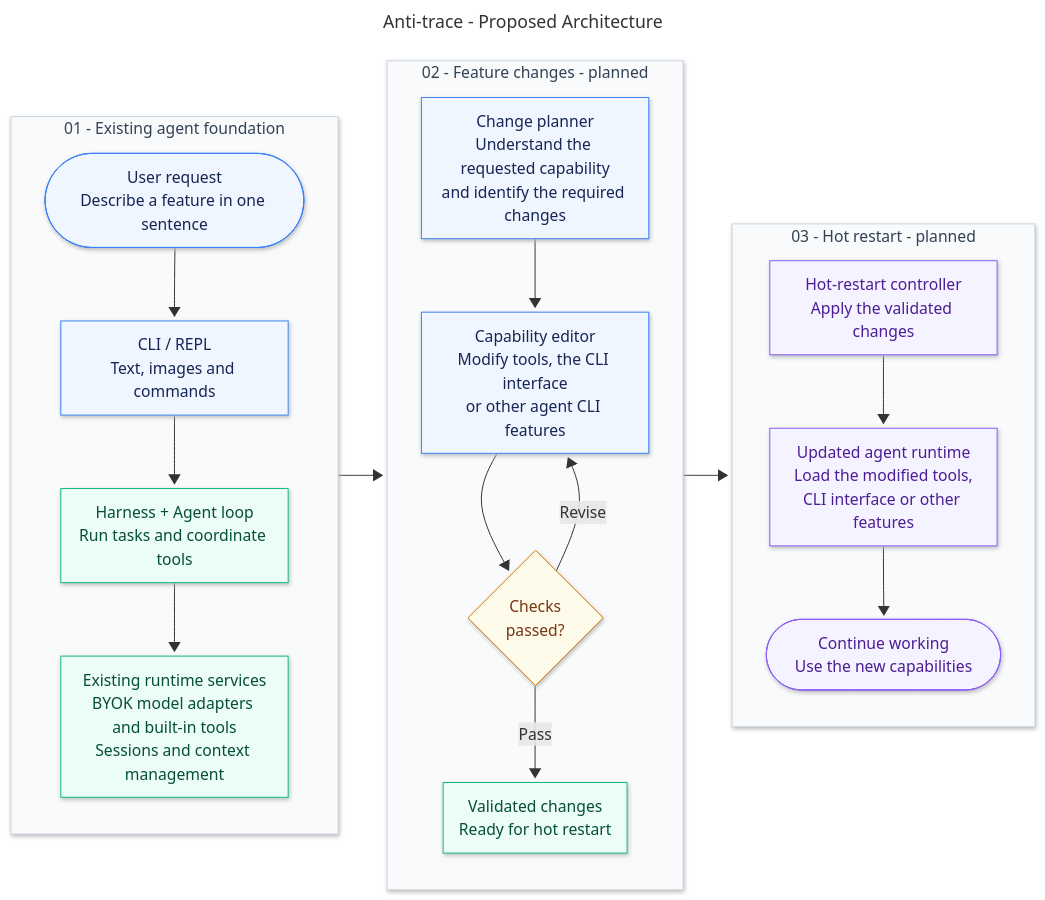
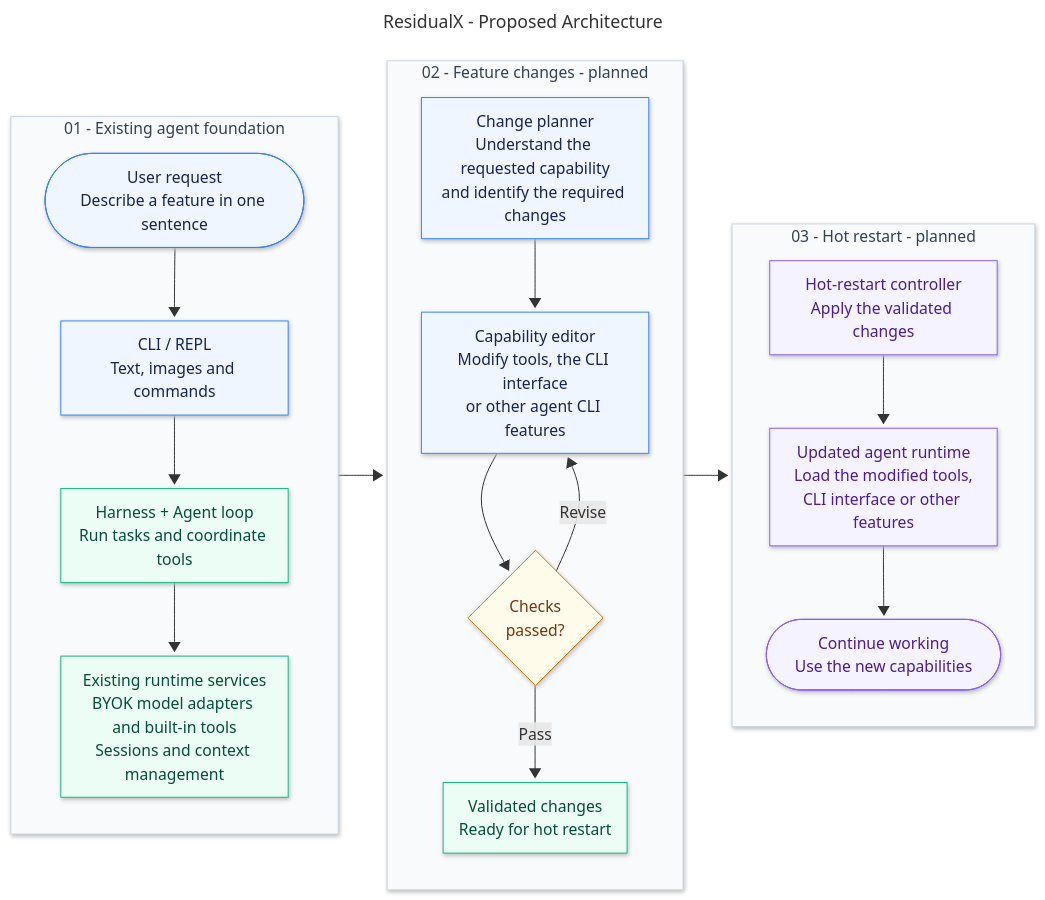
One commit to sadgsk/Anti-trace changed the diagram in docs/assets/target-architecture.mmd. Above: the diagram before and after it, drawn with Mermaid. The commit also changed 103 other files, not shown here.

```diff
--- a/docs/assets/target-architecture.mmd
+++ b/docs/assets/target-architecture.mmd
@@ -1,47 +1,47 @@
 ---
-title: Anti-trace - Proposed Architecture
+title: ResidualX - Proposed Architecture
 config:
   look: neo
 ---
 flowchart LR
     subgraph FOUNDATION["01 - Existing agent foundation"]
         direction TB
         REQUEST(["User request<br/>Describe a feature in one sentence"])
         CLI["CLI / REPL<br/>Text, images and commands"]
         CORE["Harness + Agent loop<br/>Run tasks and coordinate tools"]
         BASE["Existing runtime services<br/>BYOK model adapters and built-in tools<br/>Sessions and context management"]
         REQUEST --> CLI --> CORE --> BASE
     end
 
     subgraph CHANGE["02 - Feature changes - planned"]
         direction TB
         PLAN["Change planner<br/>Understand the requested capability<br/>and identify the required changes"]
         EDIT["Capability editor<br/>Modify tools, the CLI interface<br/>or other agent CLI features"]
         CHECK{"Checks<br/>passed?"}
         READY["Validated changes<br/>Ready for hot restart"]
         PLAN --> EDIT --> CHECK
         CHECK -- "Revise" --> EDIT
         CHECK -- "Pass" --> READY
     end
 
     subgraph STARTUP["03 - Hot restart - planned"]
         direction TB
         APPLY["Hot-restart controller<br/>Apply the validated changes"]
         LOAD["Updated agent runtime<br/>Load the modified tools,<br/>CLI interface or other features"]
         CONTINUE(["Continue working<br/>Use the new capabilities"])
         APPLY --> LOAD --> CONTINUE
     end
 
     FOUNDATION --> CHANGE --> STARTUP
 
     classDef request fill:#eff6ff,stroke:#3b82f6,color:#172554
     classDef runtime fill:#ecfdf5,stroke:#10b981,color:#064e3b
     classDef decision fill:#fffbeb,stroke:#d97706,color:#78350f
     classDef lifecycle fill:#f5f3ff,stroke:#8b5cf6,color:#4c1d95
     class REQUEST,CLI,PLAN,EDIT request
     class CORE,BASE,READY runtime
     class CHECK decision
     class APPLY,LOAD,CONTINUE lifecycle
     style FOUNDATION fill:#f8fafc,stroke:#cbd5e1,color:#334155
     style CHANGE fill:#f8fafc,stroke:#cbd5e1,color:#334155
     style STARTUP fill:#f8fafc,stroke:#cbd5e1,color:#334155
```
